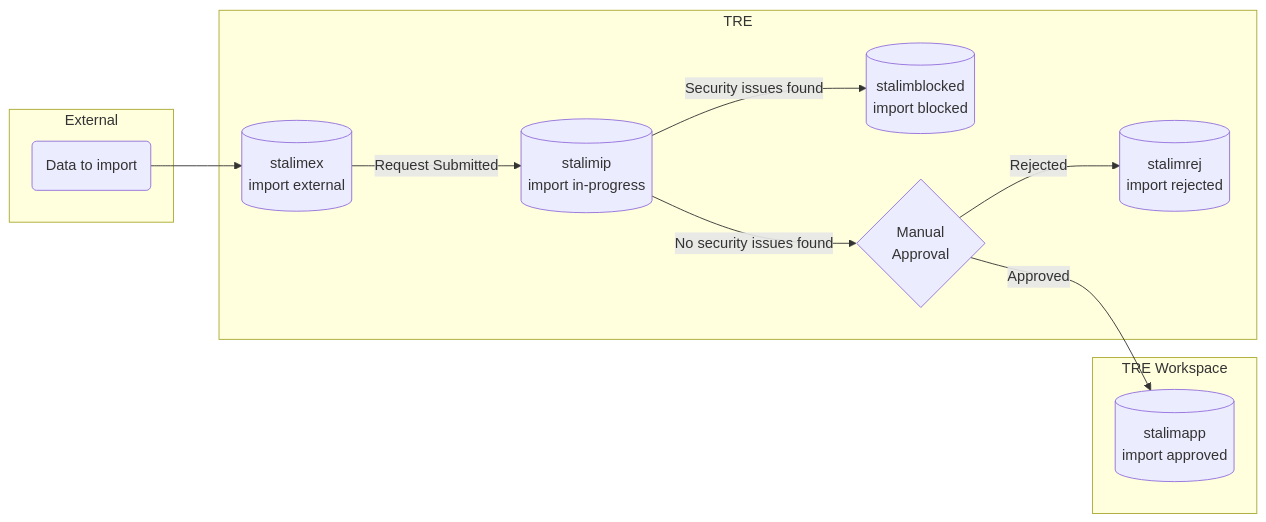
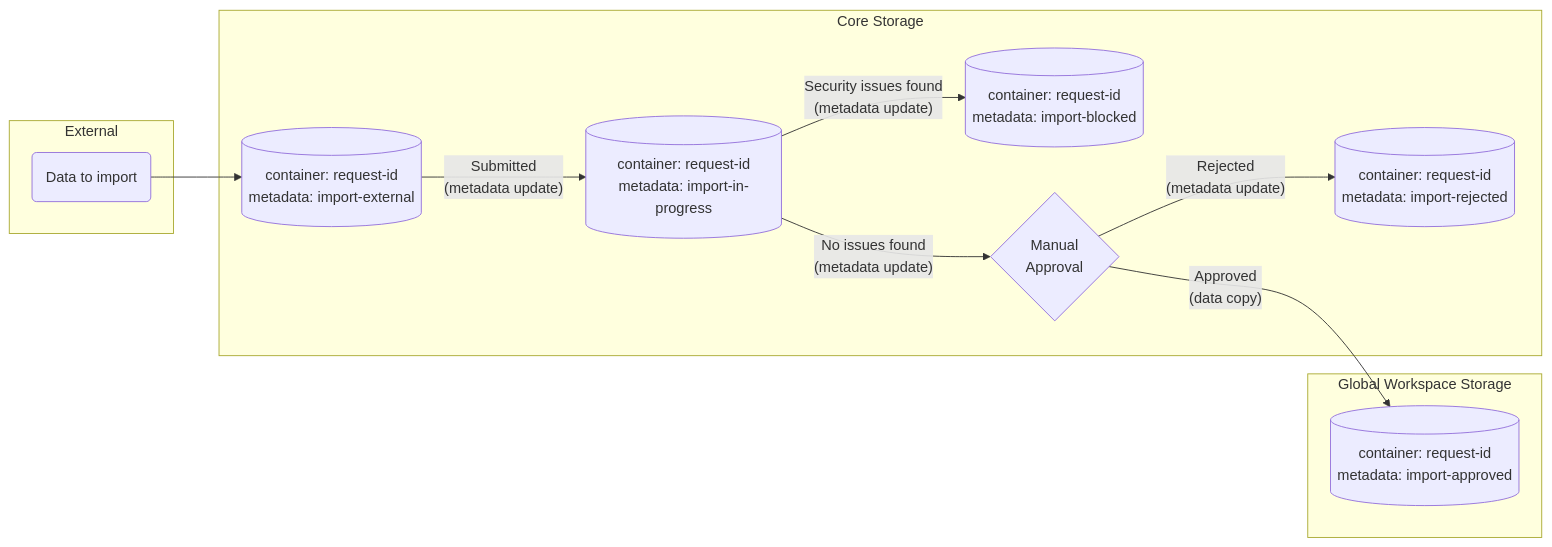
Before and after one commit to microsoft/AzureTRE: the second of 4 diagrams in docs/azure-tre-overview/airlock.md, drawn with Mermaid. The commit also changed other lines of this file and 3 other files, not shown here.

````diff
--- a/docs/azure-tre-overview/airlock.md
+++ b/docs/azure-tre-overview/airlock.md
@@ -151,16 +162,16 @@
 ```mermaid
 graph LR
-  subgraph TRE Workspace
-  E[(stalimapp</br>import approved)]
+  subgraph Global Workspace Storage
+  E[(container: request-id</br>metadata: import-approved)]
   end
-  subgraph TRE
-  A[(stalimex</br>import external)]-->|Request Submitted| B
-  B[(stalimip</br>import in-progress)]-->|Security issues found| D[(stalimblocked</br>import blocked)] 
-  B-->|No security issues found| review{Manual</br>Approval} 
-  review-->|Rejected| C[(stalimrej</br>import rejected)]
-  review-->|Approved| E
+  subgraph Core Storage
+  A[(container: request-id</br>metadata: import-external)]-->|"Submitted</br>(metadata update)"| B
+  B[(container: request-id</br>metadata: import-in-progress)]-->|"Security issues found</br>(metadata update)"| D[(container: request-id</br>metadata: import-blocked)] 
+  B-->|"No issues found</br>(metadata update)"| review{Manual</br>Approval} 
+  review-->|"Rejected</br>(metadata update)"| C[(container: request-id</br>metadata: import-rejected)]
+  review-->|"Approved</br>(data copy)"| E
   end
   subgraph External
       data(Data to import)-->A
   end
 ```
````
